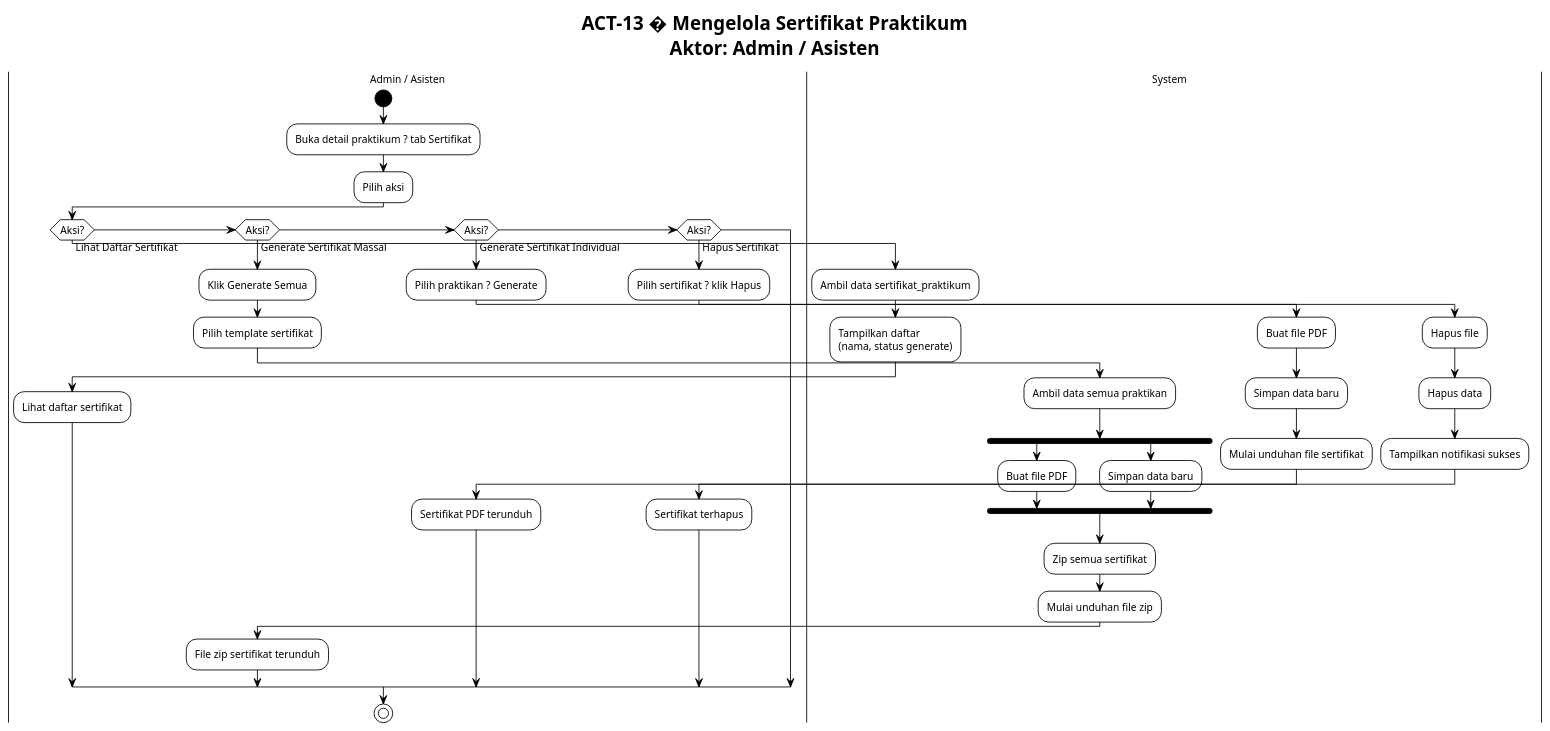
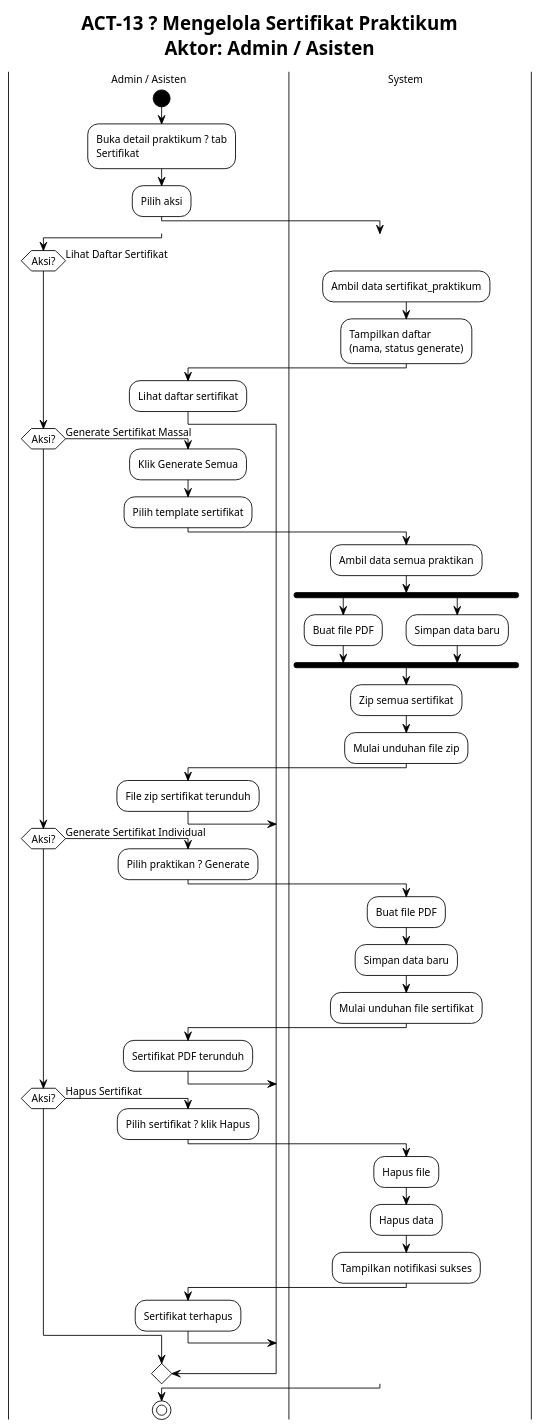
One commit to Habiboys/SILAB-DSI changed the diagram in docs/praktikum/activity/ACT_13_MENGELOLA_SERTIFIKAT.puml. Above: the diagram before and after it, drawn with PlantUML. The commit also changed 313 other files, not shown here.

```diff
--- a/docs/praktikum/activity/ACT_13_MENGELOLA_SERTIFIKAT.puml
+++ b/docs/praktikum/activity/ACT_13_MENGELOLA_SERTIFIKAT.puml
@@ -1,63 +1,67 @@
 @startuml ACT_13_MENGELOLA_SERTIFIKAT
 !theme plain
+!pragma useVerticalIf on
+scale max 1600 width
+skinparam wrapWidth 200
+
 skinparam defaultFontSize 12
 skinparam swimlaneWidth 220
 skinparam ActivityStartColor black
 skinparam ActivityEndColor black
-title ACT-13 � Mengelola Sertifikat Praktikum\nAktor: Admin / Asisten
+title ACT-13 ? Mengelola Sertifikat Praktikum\nAktor: Admin / Asisten
 
 |Admin / Asisten|
 |System|
 
 |Admin / Asisten|
 start
 :Buka detail praktikum ? tab Sertifikat;
 :Pilih aksi;
 
 if (Aksi?) then (Lihat Daftar Sertifikat)
   |System|
   :Ambil data sertifikat_praktikum;
   :Tampilkan daftar\n(nama, status generate);
   |Admin / Asisten|
   :Lihat daftar sertifikat;
 
 elseif (Aksi?) then (Generate Sertifikat Massal)
   |Admin / Asisten|
   :Klik Generate Semua;
   :Pilih template sertifikat;
   |System|
   :Ambil data semua praktikan;
   fork
     :Buat file PDF;
   fork again
     :Simpan data baru;
   end fork
   :Zip semua sertifikat;
   :Mulai unduhan file zip;
   |Admin / Asisten|
   :File zip sertifikat terunduh;
 
 elseif (Aksi?) then (Generate Sertifikat Individual)
   |Admin / Asisten|
   :Pilih praktikan ? Generate;
   |System|
   :Buat file PDF;
   :Simpan data baru;
   :Mulai unduhan file sertifikat;
   |Admin / Asisten|
   :Sertifikat PDF terunduh;
 
 elseif (Aksi?) then (Hapus Sertifikat)
   |Admin / Asisten|
   :Pilih sertifikat ? klik Hapus;
   |System|
   :Hapus file;
   :Hapus data;
   :Tampilkan notifikasi sukses;
   |Admin / Asisten|
   :Sertifikat terhapus;
 
 endif
 
 stop
 @enduml
```
